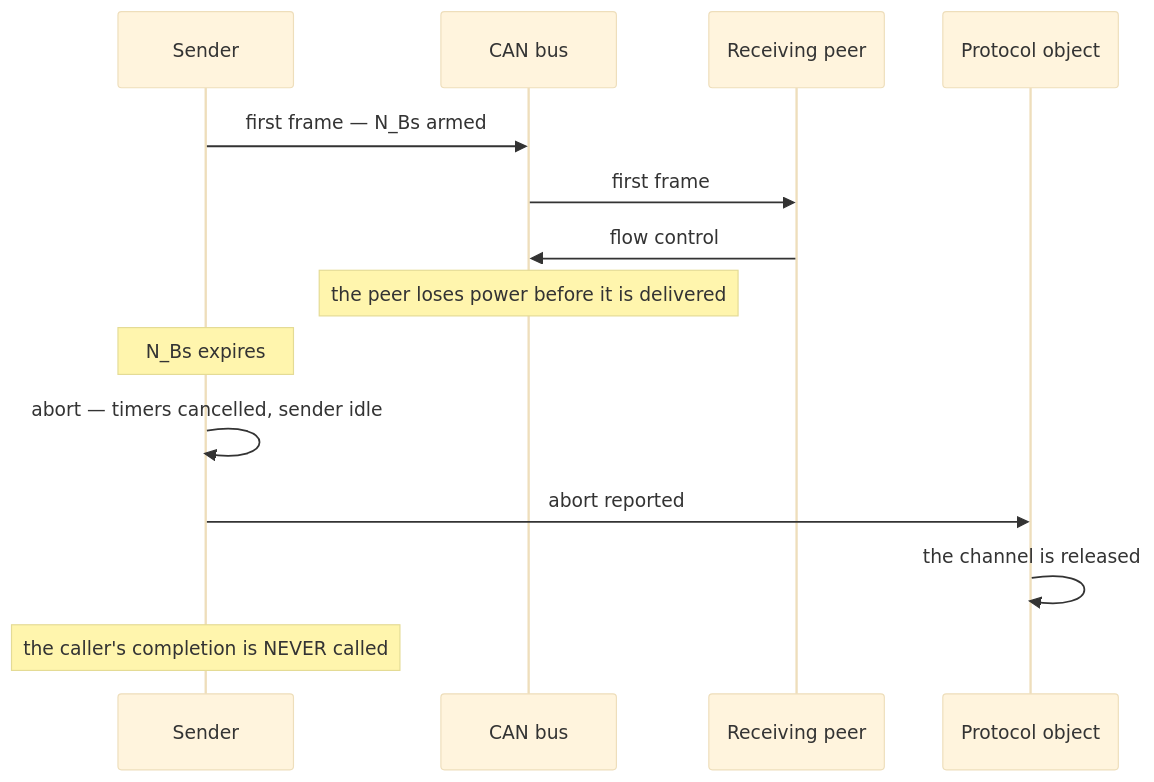
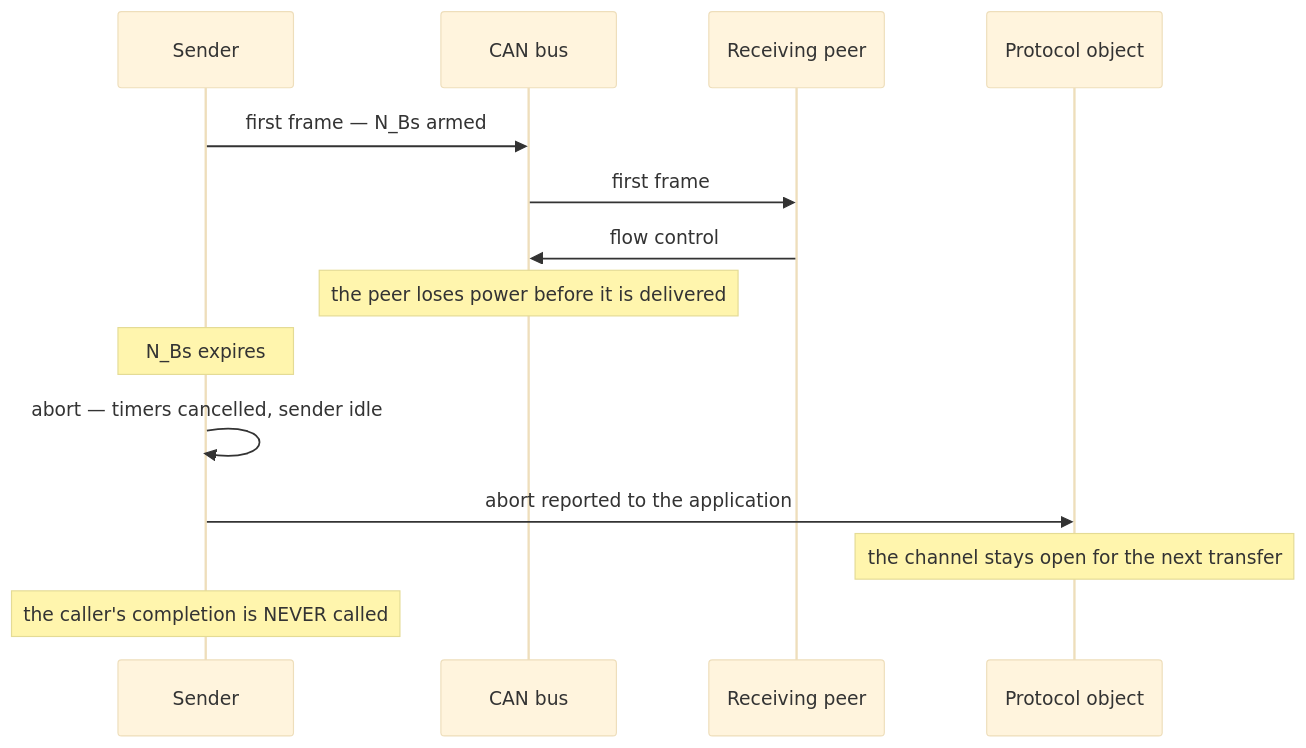
One commit to embedded-pro/can-lite changed the fourth of 4 diagrams in documents/booklet/10-corner-cases.md. Above: the diagram before and after it, drawn with Mermaid (base theme). The commit also changed other lines of this file and 23 other files, not shown here.

````diff
--- a/documents/booklet/10-corner-cases.md
+++ b/documents/booklet/10-corner-cases.md
@@ -184,17 +184,17 @@
 ```mermaid
 sequenceDiagram
     participant Snd as Sender
     participant Bus as CAN bus
     participant Rcv as Receiving peer
     participant Proto as Protocol object
 
     Snd->>Bus: first frame — N_Bs armed
     Bus->>Rcv: first frame
     Rcv->>Bus: flow control
     Note over Bus: the peer loses power before it is delivered
     Note over Snd: N_Bs expires
     Snd->>Snd: abort — timers cancelled, sender idle
-    Snd->>Proto: abort reported
-    Proto->>Proto: the channel is released
+    Snd->>Proto: abort reported to the application
+    Note over Proto: the channel stays open for the next transfer
     Note over Snd: the caller's completion is NEVER called
 ```
````
